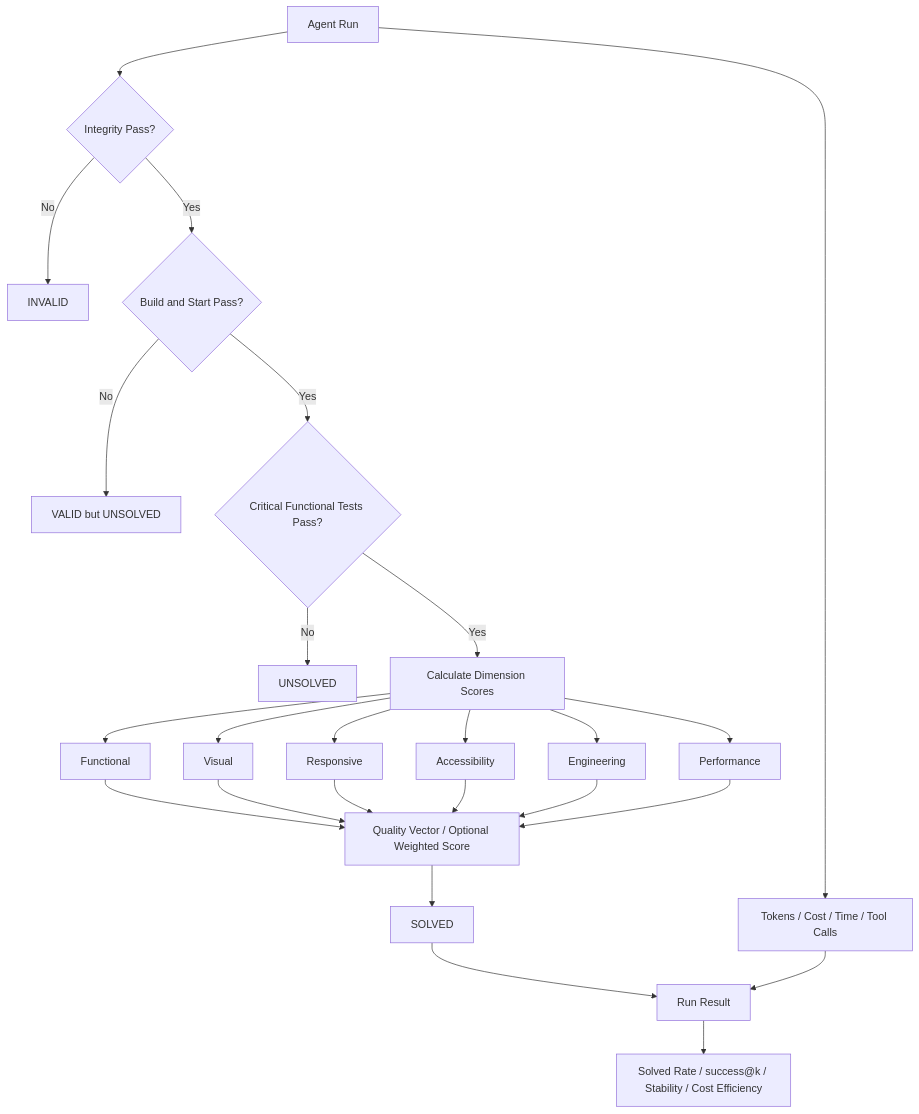
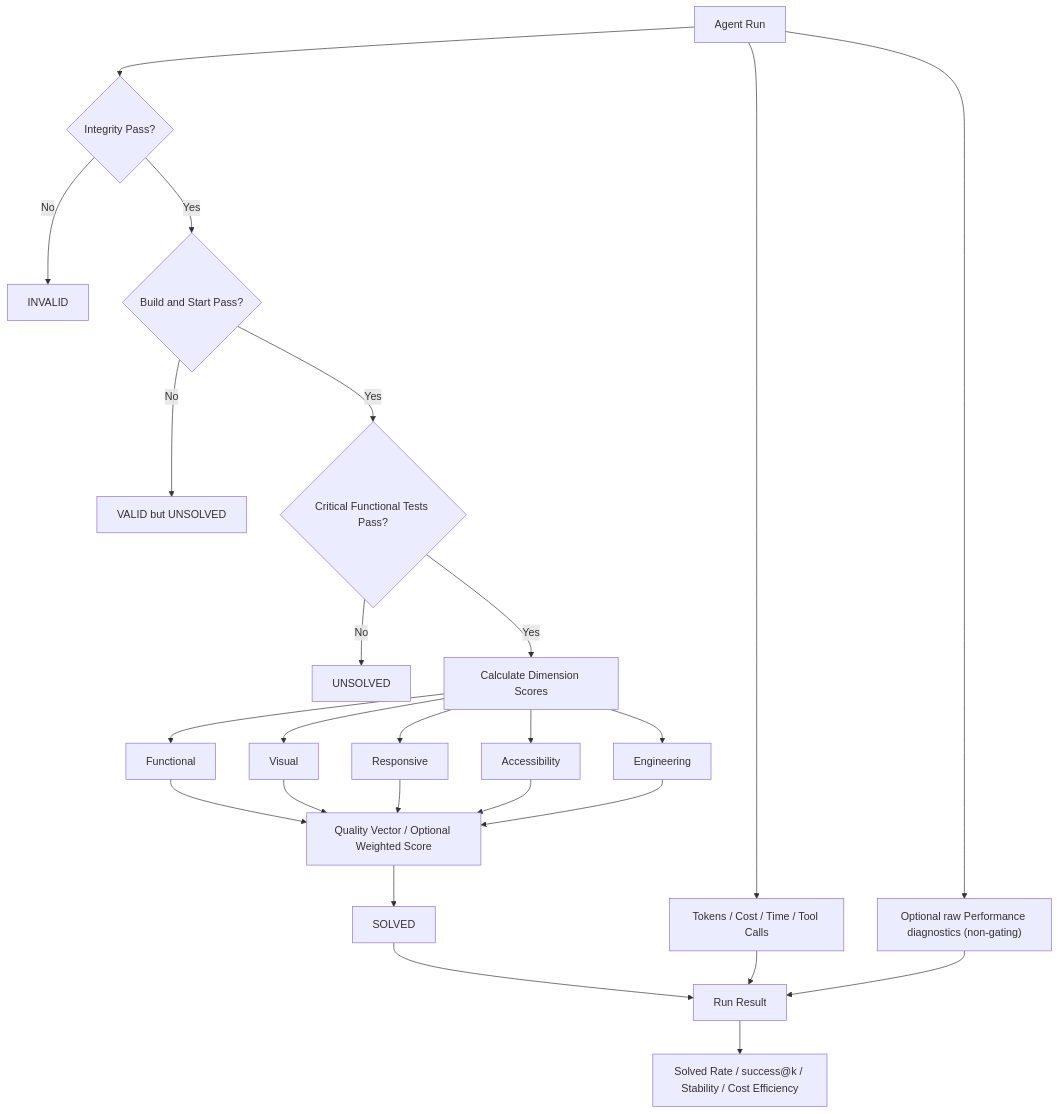
One commit to linghaoSu/fe-agent-benchmark changed the diagram in diagrams/scoring-flow.mmd. Above: the diagram before and after it, drawn with Mermaid. The commit also changed 34 other files, not shown here.

```diff
--- a/diagrams/scoring-flow.mmd
+++ b/diagrams/scoring-flow.mmd
@@ -1,28 +1,27 @@
 flowchart TD
     Run["Agent Run"] --> Integrity{"Integrity Pass?"}
     Integrity -- No --> Invalid["INVALID"]
     Integrity -- Yes --> Build{"Build and Start Pass?"}
     Build -- No --> FailedBuild["VALID but UNSOLVED"]
     Build -- Yes --> Critical{"Critical Functional Tests Pass?"}
     Critical -- No --> FailedFunctional["UNSOLVED"]
     Critical -- Yes --> Score["Calculate Dimension Scores"]
 
     Score --> Functional["Functional"]
     Score --> Visual["Visual"]
     Score --> Responsive["Responsive"]
     Score --> A11y["Accessibility"]
     Score --> Engineering["Engineering"]
-    Score --> Performance["Performance"]
 
     Functional --> Quality["Quality Vector / Optional Weighted Score"]
     Visual --> Quality
     Responsive --> Quality
     A11y --> Quality
     Engineering --> Quality
-    Performance --> Quality
-
     Quality --> Solved["SOLVED"]
     Run --> Efficiency["Tokens / Cost / Time / Tool Calls"]
+    Run --> Performance["Optional raw Performance diagnostics (non-gating)"]
     Solved --> Report["Run Result"]
     Efficiency --> Report
+    Performance --> Report
     Report --> Aggregate["Solved Rate / success@k / Stability / Cost Efficiency"]
```
